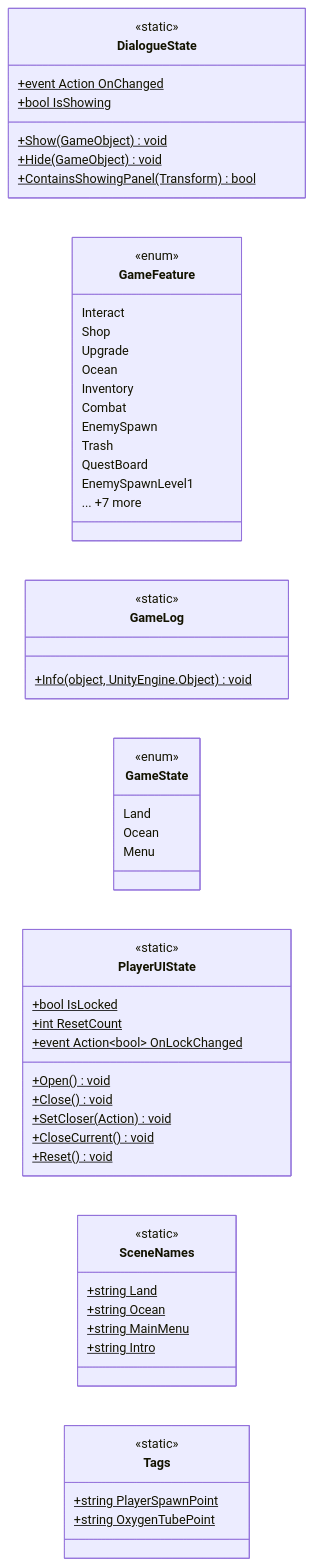
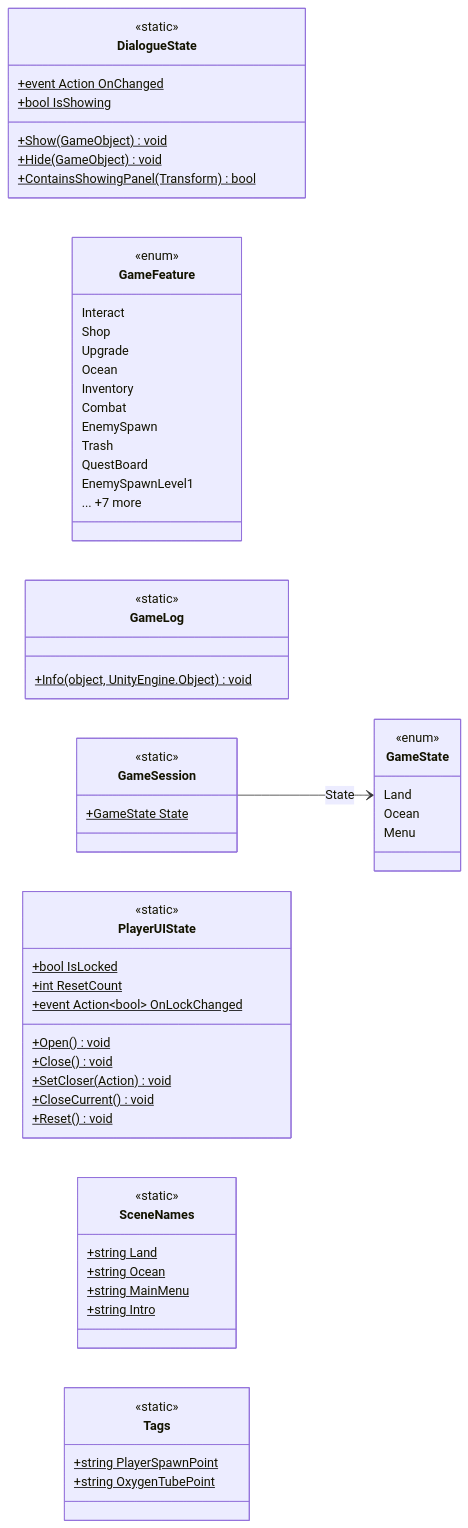
The diagram in docs/uml/modules/Core.md (PhumipatWave/project-ocean), drawn with Mermaid before and after one commit. The commit also changed other lines of this file and 304 other files, not shown here.

````diff
--- a/docs/uml/modules/Core.md
+++ b/docs/uml/modules/Core.md
@@ -7,59 +7,64 @@
 ```mermaid
 classDiagram
   direction LR
   class DialogueState {
     <<static>>
     +event Action OnChanged$
     +bool IsShowing$
     +Show(GameObject)$ void
     +Hide(GameObject)$ void
     +ContainsShowingPanel(Transform)$ bool
   }
   class GameFeature {
     <<enum>>
     Interact
     Shop
     Upgrade
     Ocean
     Inventory
     Combat
     EnemySpawn
     Trash
     QuestBoard
     EnemySpawnLevel1
     ... +7 more
   }
   class GameLog {
     <<static>>
     +Info(object, UnityEngine.Object)$ void
+  }
+  class GameSession {
+    <<static>>
+    +GameState State$
   }
   class GameState {
     <<enum>>
     Land
     Ocean
     Menu
   }
   class PlayerUIState {
     <<static>>
     +bool IsLocked$
     +int ResetCount$
     +event Action~bool~ OnLockChanged$
     +Open()$ void
     +Close()$ void
     +SetCloser(Action)$ void
     +CloseCurrent()$ void
     +Reset()$ void
   }
   class SceneNames {
     <<static>>
     +string Land$
     +string Ocean$
     +string MainMenu$
     +string Intro$
   }
   class Tags {
     <<static>>
     +string PlayerSpawnPoint$
     +string OxygenTubePoint$
   }
+  GameSession --> GameState : State
 ```
````
